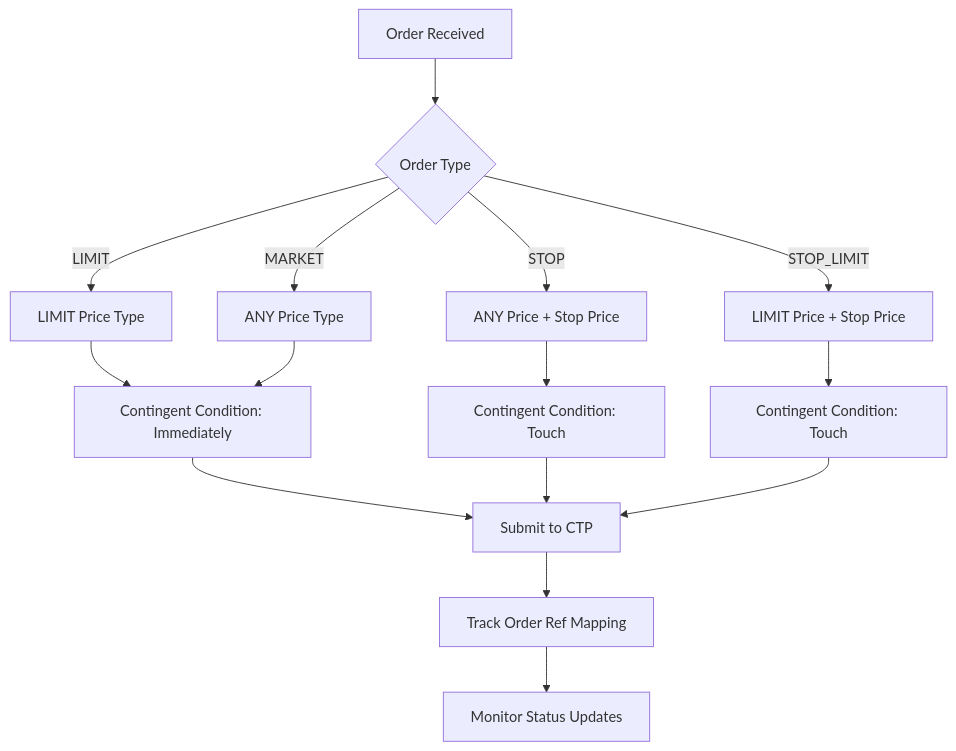
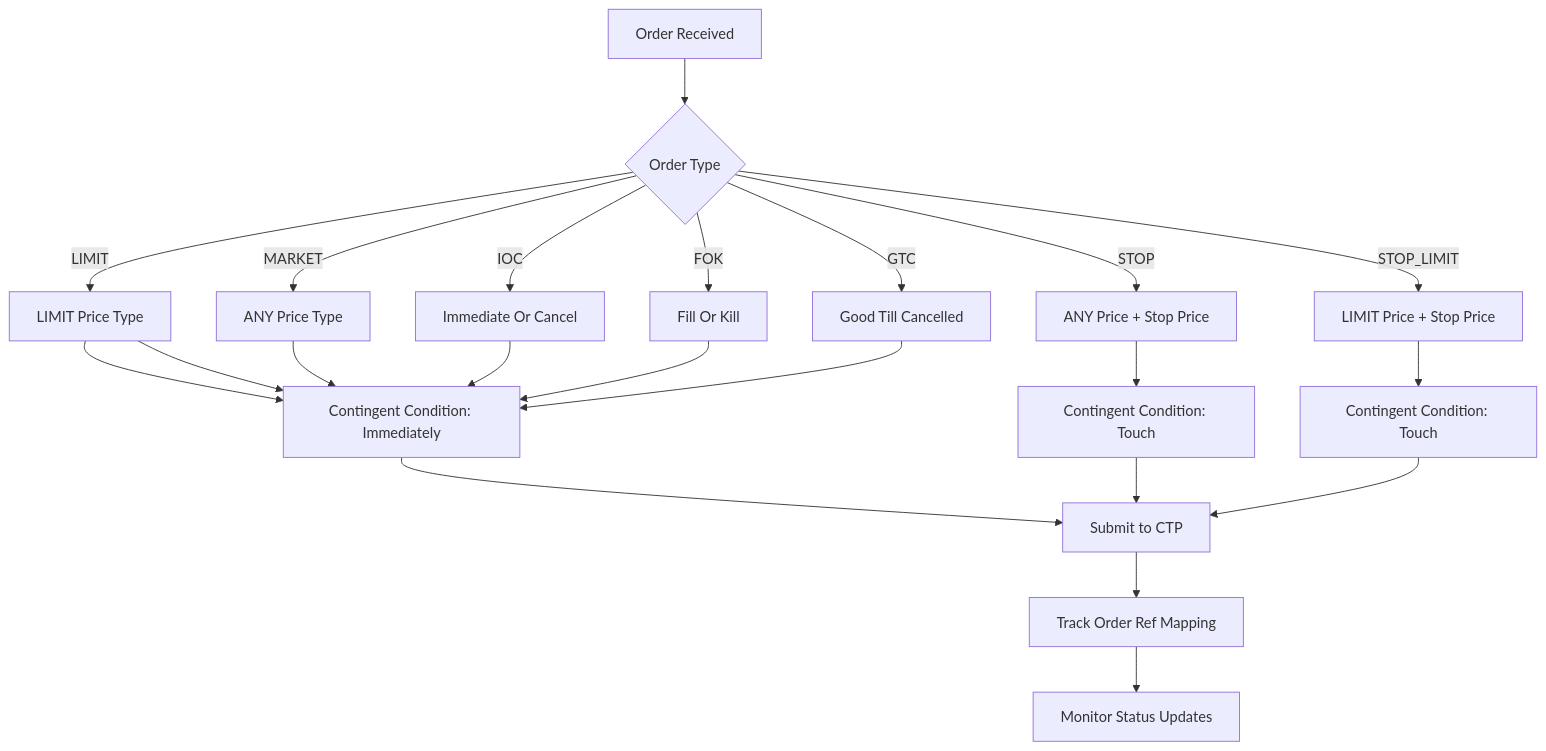
One commit to zt281/TycheEngine changed diagram 13 of 21 in .qoder/repowiki/en/content/Core Components/Multi-Asset Trading System.md. Above: the diagram before and after it, drawn with Mermaid. The commit also changed other lines of this file and 34 other files, not shown here.

````diff
--- a/.qoder/repowiki/en/content/Core Components/Multi-Asset Trading System.md
+++ b/.qoder/repowiki/en/content/Core Components/Multi-Asset Trading System.md
@@ -791,17 +792,24 @@
 ```mermaid
 flowchart TD
 A[Order Received] --> B{Order Type}
 B --> |LIMIT| C[LIMIT Price Type]
 B --> |STOP| D[ANY Price + Stop Price]
 B --> |STOP_LIMIT| E[LIMIT Price + Stop Price]
 B --> |MARKET| F[ANY Price Type]
 C --> G[Contingent Condition: Immediately]
-D --> H[Contingent Condition: Touch]
-E --> I[Contingent Condition: Touch]
+B --> |IOC| H[Immediate Or Cancel]
+B --> |FOK| I[Fill Or Kill]
+B --> |GTC| J[Good Till Cancelled]
+C --> G
+D --> K[Contingent Condition: Touch]
+E --> L[Contingent Condition: Touch]
 F --> G
-G --> J[Submit to CTP]
-H --> J
-I --> J
-J --> K[Track Order Ref Mapping]
-K --> L[Monitor Status Updates]
+H --> G
+I --> G
+J --> G
+G --> M[Submit to CTP]
+K --> M
+L --> M
+M --> N[Track Order Ref Mapping]
+N --> O[Monitor Status Updates]
 ```
````
